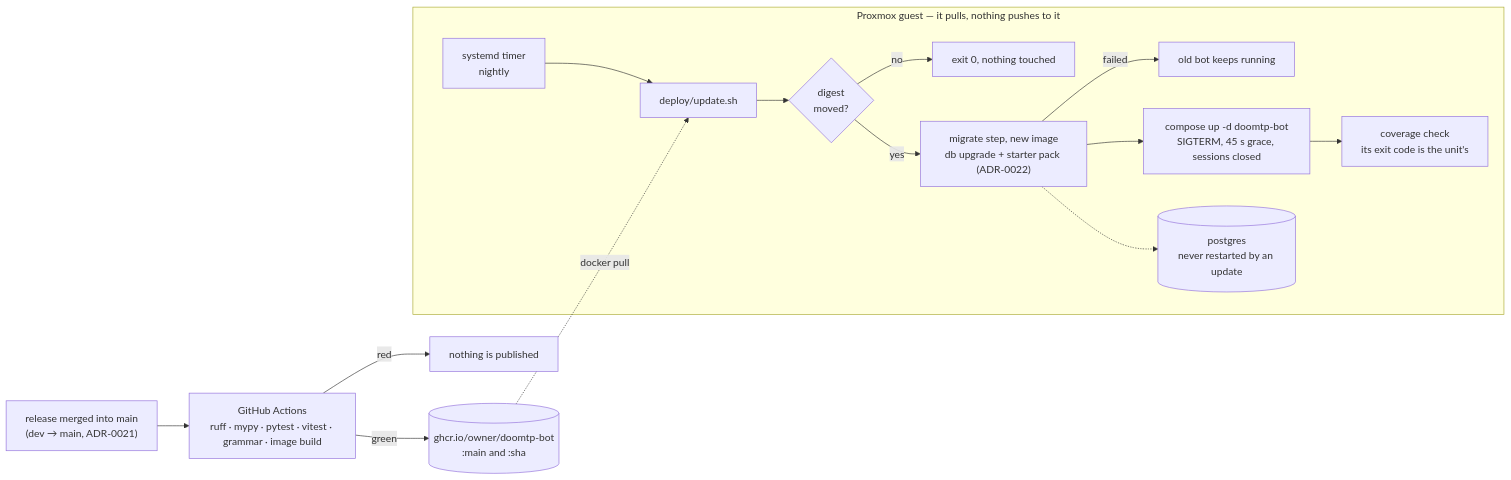
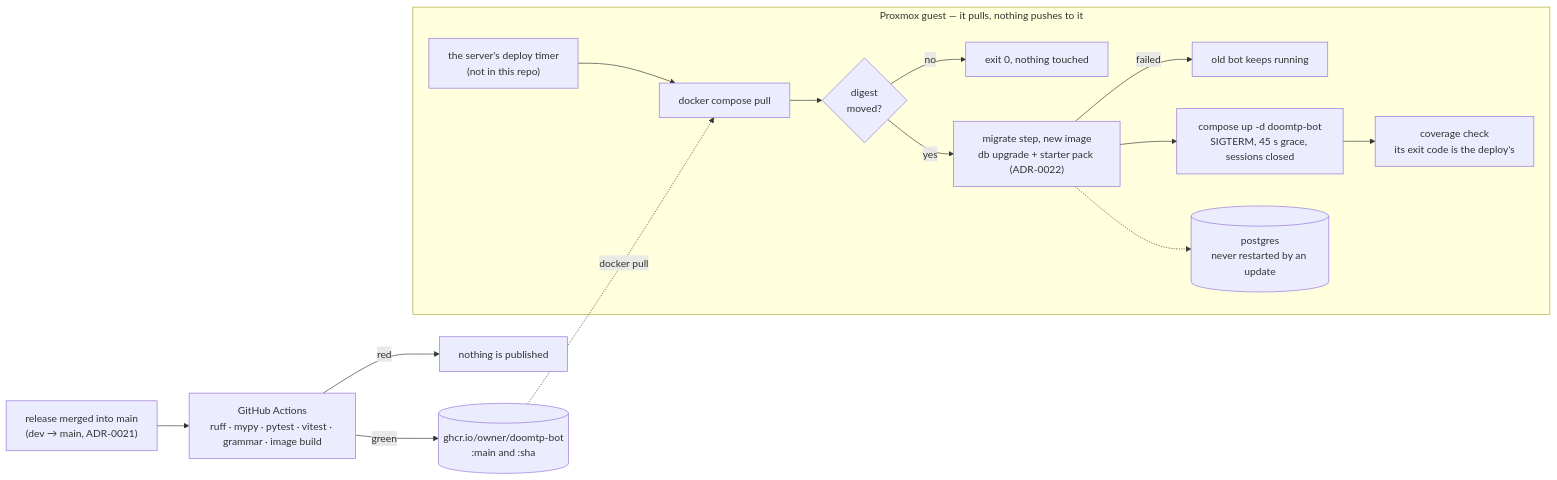
The second of 2 diagrams in docs/architecture.md (vEXOULZ/doomtp-bot), drawn with Mermaid before and after one commit. The commit also changed other lines of this file and 12 other files, not shown here.

First line of the commit message:
chore: remove the in-repo update timer, move rollback.sh to scripts/

````diff
--- a/docs/architecture.md
+++ b/docs/architecture.md
@@ -746,20 +746,20 @@
 ```mermaid
 flowchart LR
     push["release merged into main<br/>(dev → main, ADR-0021)"] --> ci["GitHub Actions<br/>ruff · mypy · pytest · vitest · grammar · image build"]
     ci -->|red| none["nothing is published"]
     ci -->|green| ghcr[("ghcr.io/owner/doomtp-bot<br/>:main and :sha")]
 
     subgraph guest["Proxmox guest — it pulls, nothing pushes to it"]
-        timer["systemd timer<br/>nightly"] --> upd["deploy/update.sh"]
+        timer["the server's deploy timer<br/>(not in this repo)"] --> upd["docker compose pull"]
         upd --> moved{"digest<br/>moved?"}
         moved -->|no| done["exit 0, nothing touched"]
         moved -->|yes| migrate["migrate step, new image<br/>db upgrade + starter pack (ADR-0022)"]
         migrate -->|failed| old["old bot keeps running"]
         migrate --> restart["compose up -d doomtp-bot<br/>SIGTERM, 45 s grace, sessions closed"]
-        restart --> cov["coverage check<br/>its exit code is the unit's"]
+        restart --> cov["coverage check<br/>its exit code is the deploy's"]
         pg[("postgres<br/>never restarted by an update")]
         migrate -.-> pg
     end
 
     ghcr -.->|docker pull| upd
 ```
````
